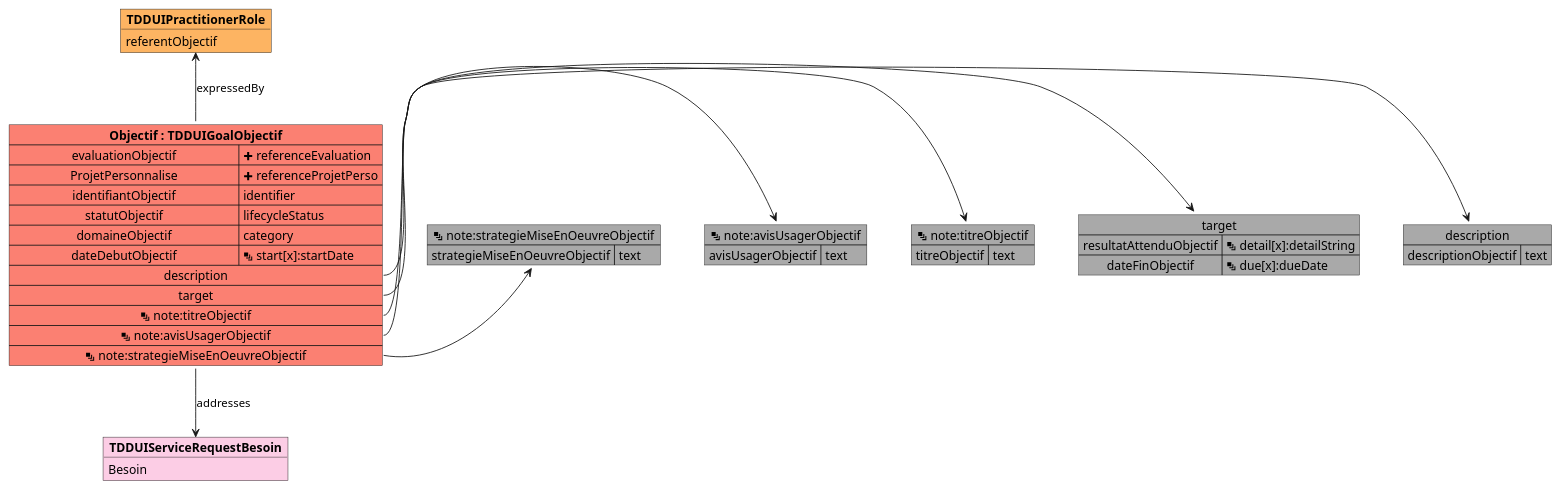
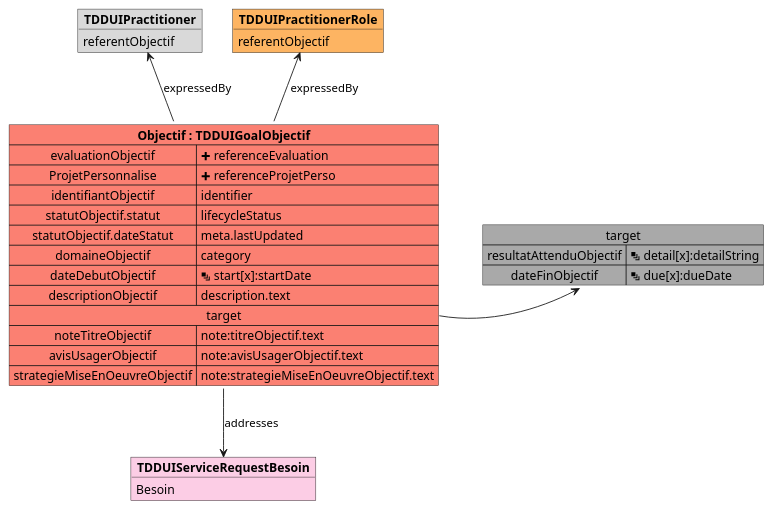
Before and after one commit to ansforge/IG-fhir-medicosocial-transfert-donnees-dui: the diagram in input/images-source/mapping_TDDUIGoalObjectif.plantuml, drawn with PlantUML. The commit also changed 24 other files, not shown here.

```diff
--- a/input/images-source/mapping_TDDUIGoalObjectif.plantuml
+++ b/input/images-source/mapping_TDDUIGoalObjectif.plantuml
@@ -1,49 +1,39 @@
 @startuml
-
-map "description" as description #DarkGray {
-    descriptionObjectif => text
-}
 
 map "target" as target #DarkGray {
     resultatAttenduObjectif => <&layers> detail[x]:detailString
     dateFinObjectif => <&layers> due[x]:dueDate
 }
 
-map "<&layers> note:titreObjectif" as notetitreObjectif #DarkGray {
-    titreObjectif => text
+object "**TDDUIPractitionerRole**" as TDDUIPractitionerRole_expressedBy #fdb462 {
+    referentObjectif
 }
 
-map "<&layers> note:avisUsagerObjectif" as noteavisUsagerObjectif #DarkGray {
-    avisUsagerObjectif => text
-}
-
-map "<&layers> note:strategieMiseEnOeuvreObjectif" as notestrategieMiseEnOeuvreObjectif #DarkGray {
-    strategieMiseEnOeuvreObjectif => text
-}
-
-object "**TDDUIPractitionerRole**" as TDDUIPractitionerRole_expressedBy #fdb462 {
+object "**TDDUIPractitioner**" as TDDUIPractitioner_expressedBy #d9d9d9 {
     referentObjectif
 }
 
 object "**TDDUIServiceRequestBesoin**" as TDDUIServiceRequestBesoin_addresses #fccde5 {
     Besoin
 }
 
 map "**Objectif : TDDUIGoalObjectif**" as Objectif #fb8072 {
     evaluationObjectif => <&plus> referenceEvaluation
     ProjetPersonnalise => <&plus> referenceProjetPerso
     identifiantObjectif => identifier
-    statutObjectif => lifecycleStatus
+    statutObjectif.statut => lifecycleStatus
+    statutObjectif.dateStatut => meta.lastUpdated
     domaineObjectif => category
     dateDebutObjectif => <&layers> start[x]:startDate
-    description *-> description
+    descriptionObjectif => description.text
     target *-> target
-    <&layers> note:titreObjectif *-> notetitreObjectif
-    <&layers> note:avisUsagerObjectif *-> noteavisUsagerObjectif
-    <&layers> note:strategieMiseEnOeuvreObjectif *-> notestrategieMiseEnOeuvreObjectif
+    noteTitreObjectif => note:titreObjectif.text
+    avisUsagerObjectif => note:avisUsagerObjectif.text
+    strategieMiseEnOeuvreObjectif=> note:strategieMiseEnOeuvreObjectif.text
 }
 
 Objectif -u-> TDDUIPractitionerRole_expressedBy : expressedBy
+Objectif -u-> TDDUIPractitioner_expressedBy : expressedBy
 Objectif -d-> TDDUIServiceRequestBesoin_addresses : addresses
 
 @enduml
```
